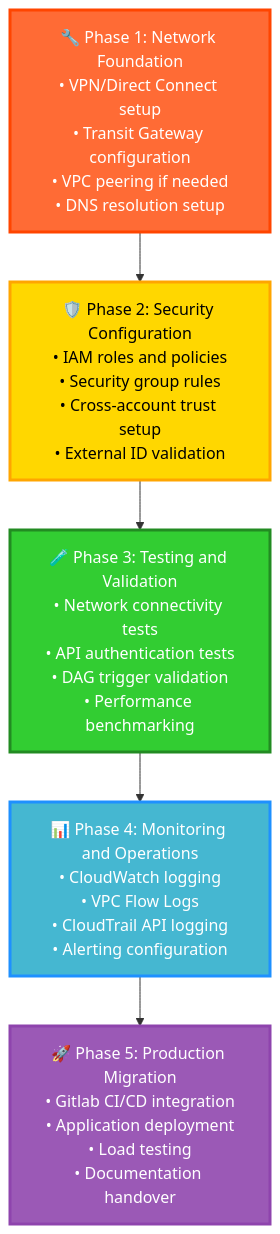
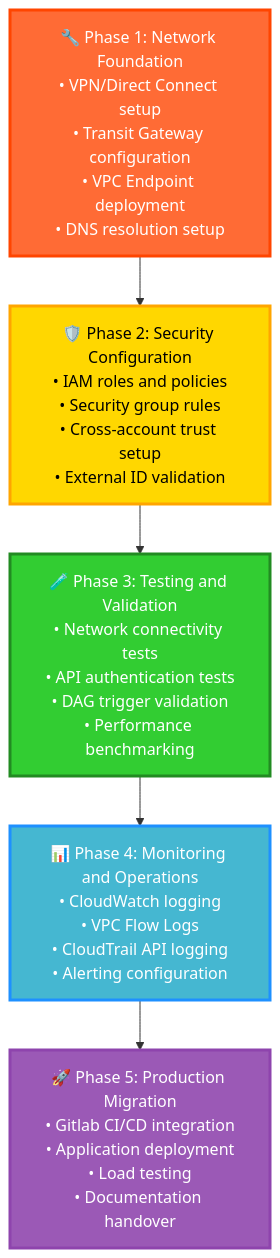
Diagram 11 of 12 in restapi.md (demoq-demo/mwaa), drawn with Mermaid before and after one commit. The commit also changed other lines of this file, not shown here.

````diff
--- a/restapi.md
+++ b/restapi.md
@@ -469,23 +483,23 @@
 ```mermaid
 graph TB
-    PHASE1["🔧 Phase 1: Network Foundation<br/>• VPN/Direct Connect setup<br/>• Transit Gateway configuration<br/>• VPC peering if needed<br/>• DNS resolution setup"]:::phase1
+    PHASE1["🔧 Phase 1: Network Foundation<br/>• VPN/Direct Connect setup<br/>• Transit Gateway configuration<br/>• VPC Endpoint deployment<br/>• DNS resolution setup"]:::phase1
     
     PHASE2["🛡️ Phase 2: Security Configuration<br/>• IAM roles and policies<br/>• Security group rules<br/>• Cross-account trust setup<br/>• External ID validation"]:::phase2
     
     PHASE3["🧪 Phase 3: Testing and Validation<br/>• Network connectivity tests<br/>• API authentication tests<br/>• DAG trigger validation<br/>• Performance benchmarking"]:::phase3
     
     PHASE4["📊 Phase 4: Monitoring and Operations<br/>• CloudWatch logging<br/>• VPC Flow Logs<br/>• CloudTrail API logging<br/>• Alerting configuration"]:::phase4
     
     PHASE5["🚀 Phase 5: Production Migration<br/>• Gitlab CI/CD integration<br/>• Application deployment<br/>• Load testing<br/>• Documentation handover"]:::phase5
     
     PHASE1 --> PHASE2
     PHASE2 --> PHASE3
     PHASE3 --> PHASE4
     PHASE4 --> PHASE5
     
     classDef phase1 fill:#FF6B35,stroke:#FF4500,stroke-width:3px,color:#fff
     classDef phase2 fill:#FFD700,stroke:#FFA500,stroke-width:3px,color:#000
     classDef phase3 fill:#32CD32,stroke:#228B22,stroke-width:3px,color:#fff
     classDef phase4 fill:#45B7D1,stroke:#1E90FF,stroke-width:3px,color:#fff
     classDef phase5 fill:#9B59B6,stroke:#8E44AD,stroke-width:3px,color:#fff
 ```
````
